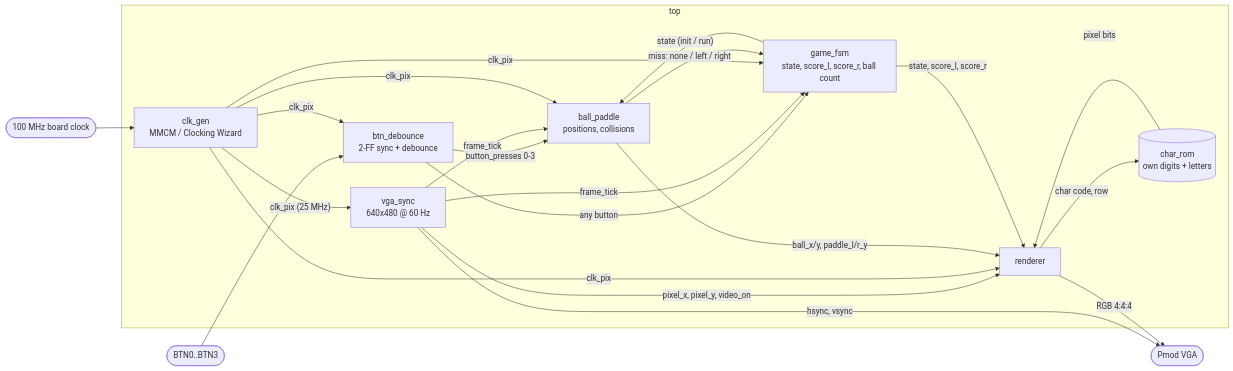
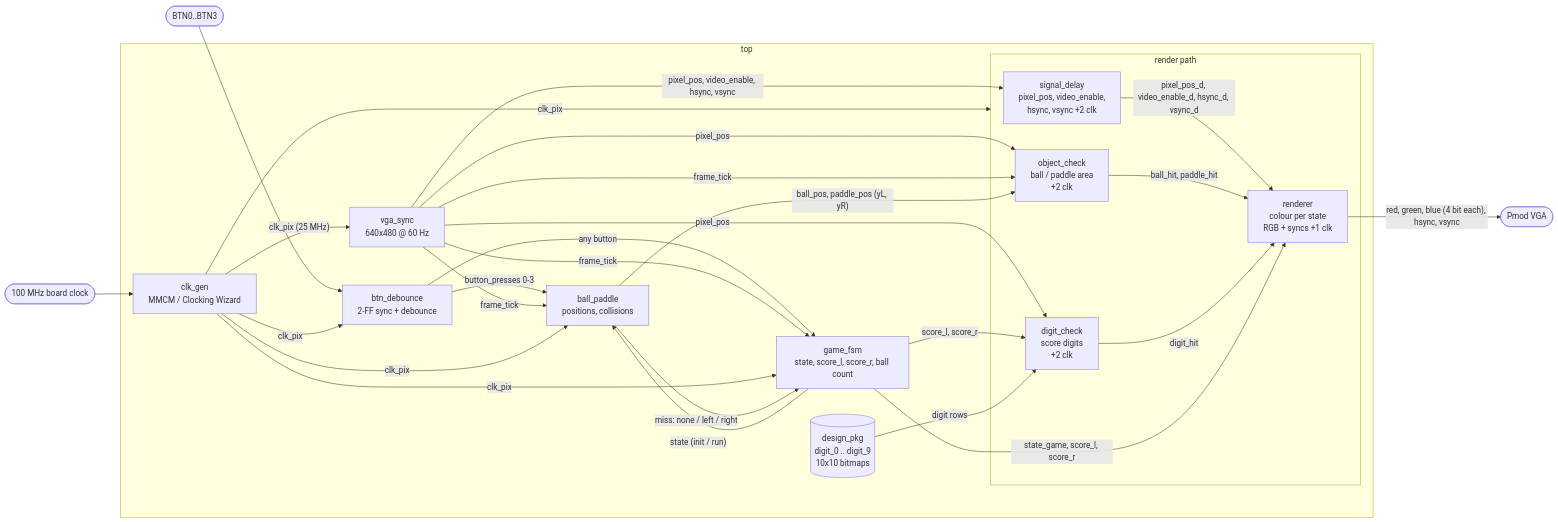
The diagram in docs/graphs/02_module_wiring.mmd (Simon-Says-Pong/pong-fpga), drawn with Mermaid before and after one commit. The commit also changed 11 other files, not shown here.

Commit message:
Update Structure and Top wiring as well as Modules. Digit and Object as well as VGA-Sync Done. renderer output in progress and delay alignment still needed

```diff
--- a/docs/graphs/02_module_wiring.mmd
+++ b/docs/graphs/02_module_wiring.mmd
@@ -1,30 +1,42 @@
 flowchart LR
     CLK100([100 MHz board clock]) --> CLKGEN
     BTN([BTN0..BTN3]) --> DEB
     subgraph TOP[top]
         CLKGEN[clk_gen<br/>MMCM / Clocking Wizard] -- "clk_pix (25 MHz)" --> SYNC
         DEB[btn_debounce<br/>2-FF sync + debounce]
         SYNC[vga_sync<br/>640x480 @ 60 Hz]
         FSM[game_fsm<br/>state, score_l, score_r, ball count]
         BP[ball_paddle<br/>positions, collisions]
-        REN[renderer]
-        ROM[(char_rom<br/>own digits + letters)]
+        PKG[(design_pkg<br/>digit_0 .. digit_9<br/>10x10 bitmaps)]
+
+        subgraph RENDER[render path]
+            DLY[signal_delay<br/>pixel_pos, video_enable,<br/>hsync, vsync +2 clk]
+            OBJ[object_check<br/>ball / paddle area<br/>+2 clk]
+            DIG[digit_check<br/>score digits<br/>+2 clk]
+            REN[renderer<br/>colour per state<br/>RGB + syncs +1 clk]
+        end
 
         DEB -- "button_presses 0-3" --> BP
         DEB -- "any button" --> FSM
         SYNC -- "frame_tick" --> BP
         SYNC -- "frame_tick" --> FSM
-        SYNC -- "pixel_x, pixel_y, video_on" --> REN
-        CLKGEN -- "clk_pix" --> REN
         CLKGEN -- "clk_pix" --> BP
         CLKGEN -- "clk_pix" --> FSM
         CLKGEN -- "clk_pix" --> DEB
+        CLKGEN -- "clk_pix" --> RENDER
         FSM -- "state (init / run)" --> BP
         BP -- "miss: none / left / right" --> FSM
-        BP -- "ball_x/y, paddle_l/r_y" --> REN
-        FSM -- "state, score_l, score_r" --> REN
-        REN -- "char code, row" --> ROM
-        ROM -- "pixel bits" --> REN
+
+        SYNC -- "pixel_pos" --> OBJ
+        SYNC -- "pixel_pos" --> DIG
+        SYNC -- "pixel_pos, video_enable, hsync, vsync" --> DLY
+        SYNC -- "frame_tick" --> OBJ
+        DLY -- "pixel_pos_d, video_enable_d, hsync_d, vsync_d" --> REN
+        BP -- "ball_pos, paddle_pos (yL, yR)" --> OBJ
+        FSM -- "score_l, score_r" --> DIG
+        PKG -- "digit rows" --> DIG
+        OBJ -- "ball_hit, paddle_hit" --> REN
+        DIG -- "digit_hit" --> REN
+        FSM -- "state_game, score_l, score_r" --> REN
     end
-    SYNC -- "hsync, vsync" --> VGA([Pmod VGA])
-    REN -- "RGB 4:4:4" --> VGA
+    REN -- "red, green, blue (4 bit each), hsync, vsync" --> VGA([Pmod VGA])
```
